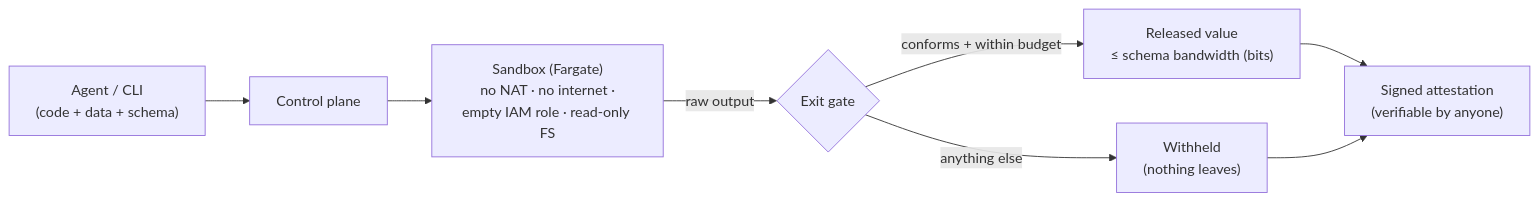
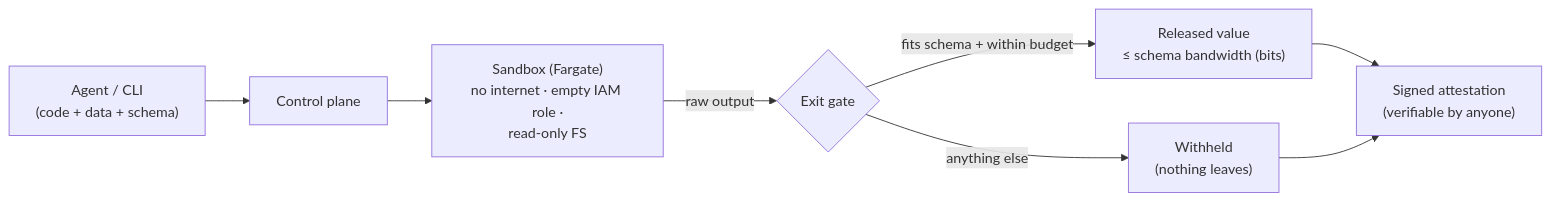
One commit to CodinGakpo/KeyHole changed the diagram in README.md. Above: the diagram before and after it, drawn with Mermaid. The commit also changed other lines of this file and 1 other file, not shown here.

````diff
--- a/README.md
+++ b/README.md
@@ -60,9 +76,9 @@
 ```mermaid
 flowchart LR
     A["Agent / CLI<br/>(code + data + schema)"] --> B["Control plane"]
-    B --> C["Sandbox (Fargate)<br/>no NAT · no internet ·<br/>empty IAM role · read-only FS"]
+    B --> C["Sandbox (Fargate)<br/>no internet · empty IAM role ·<br/>read-only FS"]
     C -- "raw output" --> D{"Exit gate"}
-    D -- "conforms + within budget" --> E["Released value<br/>≤ schema bandwidth (bits)"]
+    D -- "fits schema + within budget" --> E["Released value<br/>≤ schema bandwidth (bits)"]
     D -- "anything else" --> F["Withheld<br/>(nothing leaves)"]
     E & F --> G["Signed attestation<br/>(verifiable by anyone)"]
 ```
````
